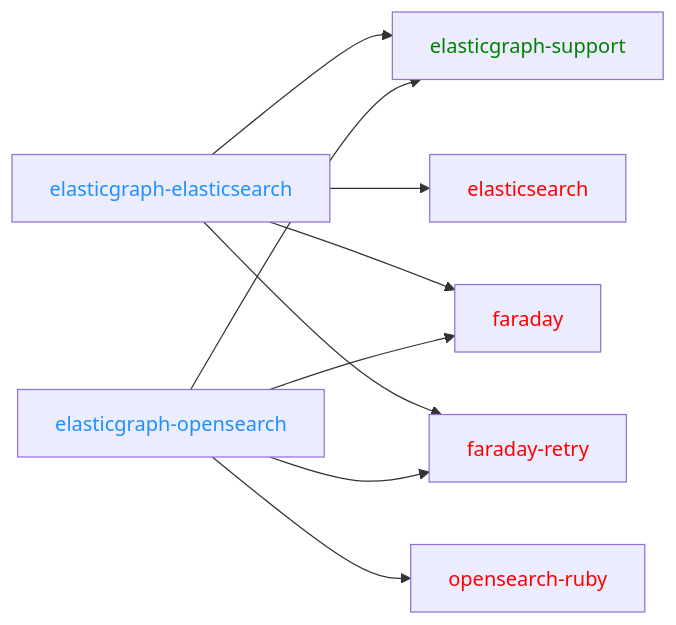
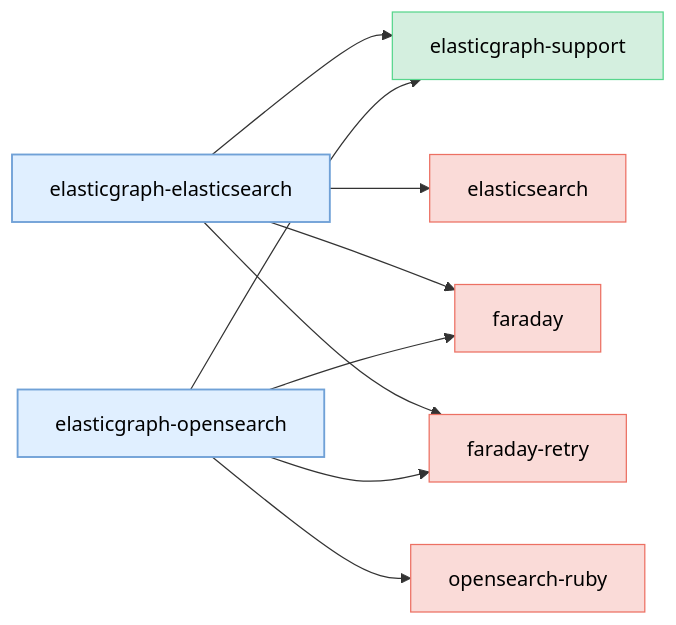
The fourth of 5 diagrams in CODEBASE_OVERVIEW.md (block/elasticgraph), drawn with Mermaid before and after one commit. The commit also changed other lines of this file and 23 other files, not shown here.

````diff
--- a/CODEBASE_OVERVIEW.md
+++ b/CODEBASE_OVERVIEW.md
@@ -142,16 +230,32 @@
 ```mermaid
 graph LR;
-    elasticgraph-elasticsearch --> elasticgraph-support & elasticsearch & faraday & faraday-retry
-    elasticgraph-opensearch --> elasticgraph-support & faraday & faraday-retry & opensearch-ruby
-    style elasticgraph-elasticsearch color:DodgerBlue;
-    style elasticgraph-opensearch color:DodgerBlue;
-    style elasticgraph-support color:Green;
-    style elasticsearch color:Red;
-    style faraday color:Red;
-    style faraday-retry color:Red;
-    style opensearch-ruby color:Red;
-click elasticsearch href "https://rubygems.org/gems/elasticsearch" "Open on RubyGems.org" _blank;
-click faraday href "https://rubygems.org/gems/faraday" "Open on RubyGems.org" _blank;
-click faraday-retry href "https://rubygems.org/gems/faraday-retry" "Open on RubyGems.org" _blank;
-click opensearch-ruby href "https://rubygems.org/gems/opensearch-ruby" "Open on RubyGems.org" _blank;
+    classDef currentCategoryGemStyle fill:#E0EFFF,stroke:#70A1D7,color:#000,stroke-width:1.5px;
+    classDef otherEgGemStyle fill:#D4EFDF,stroke:#58D68D,color:#000;
+    classDef externalGemCatStyle fill:#FADBD8,stroke:#EC7063,color:#000;
+    elasticgraph-elasticsearch["elasticgraph-elasticsearch"];
+    elasticgraph-support["elasticgraph-support"];
+    elasticsearch["elasticsearch"];
+    faraday["faraday"];
+    faraday-retry["faraday-retry"];
+    elasticgraph-opensearch["elasticgraph-opensearch"];
+    opensearch-ruby["opensearch-ruby"];
+    elasticgraph-elasticsearch --> elasticgraph-support;
+    elasticgraph-elasticsearch --> elasticsearch;
+    elasticgraph-elasticsearch --> faraday;
+    elasticgraph-elasticsearch --> faraday-retry;
+    elasticgraph-opensearch --> elasticgraph-support;
+    elasticgraph-opensearch --> faraday;
+    elasticgraph-opensearch --> faraday-retry;
+    elasticgraph-opensearch --> opensearch-ruby;
+    class elasticgraph-elasticsearch currentCategoryGemStyle;
+    class elasticgraph-support otherEgGemStyle;
+    class elasticsearch externalGemCatStyle;
+    class faraday externalGemCatStyle;
+    class faraday-retry externalGemCatStyle;
+    class elasticgraph-opensearch currentCategoryGemStyle;
+    class opensearch-ruby externalGemCatStyle;
+    click elasticsearch href "https://rubygems.org/gems/elasticsearch" "Open on RubyGems.org" _blank;
+    click faraday href "https://rubygems.org/gems/faraday" "Open on RubyGems.org" _blank;
+    click faraday-retry href "https://rubygems.org/gems/faraday-retry" "Open on RubyGems.org" _blank;
+    click opensearch-ruby href "https://rubygems.org/gems/opensearch-ruby" "Open on RubyGems.org" _blank;
 ```
````
